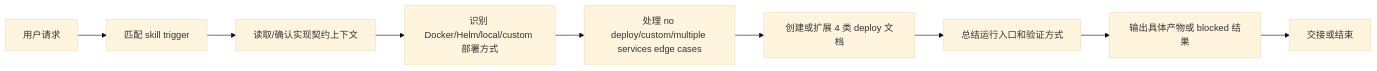
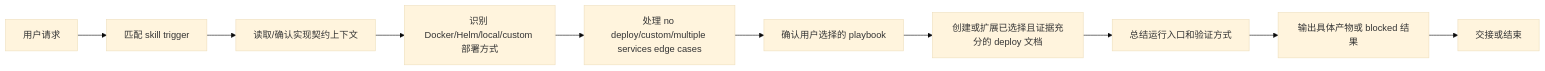
One commit to Neplich/dev-agent-skills changed the diagram in docs/pm/agents/devops-agent/skills/incident-playbook-writer/PRD.md. Above: the diagram before and after it, drawn with Mermaid (base theme). The commit also changed other lines of this file and 3 other files, not shown here.

````diff
--- a/docs/pm/agents/devops-agent/skills/incident-playbook-writer/PRD.md
+++ b/docs/pm/agents/devops-agent/skills/incident-playbook-writer/PRD.md
@@ -103,11 +104,12 @@
 ```mermaid
 flowchart LR
     Request["用户请求"] --> Match["匹配 skill trigger"]
     Match --> Context["读取/确认实现契约上下文"]
     Context --> Step1["识别 Docker/Helm/local/custom 部署方式"]
     Step1 --> Step2["处理 no deploy/custom/multiple services edge cases"]
-    Step2 --> Step3["创建或扩展 4 类 deploy 文档"]
-    Step3 --> Step4["总结运行入口和验证方式"]
+    Step2 --> Step3["确认用户选择的 playbook"]
+    Step3 --> Step3b["创建或扩展已选择且证据充分的 deploy 文档"]
+    Step3b --> Step4["总结运行入口和验证方式"]
     Step4 --> Artifact["输出具体产物或 blocked 结果"]
     Artifact --> Handoff["交接或结束"]
 ```
````
